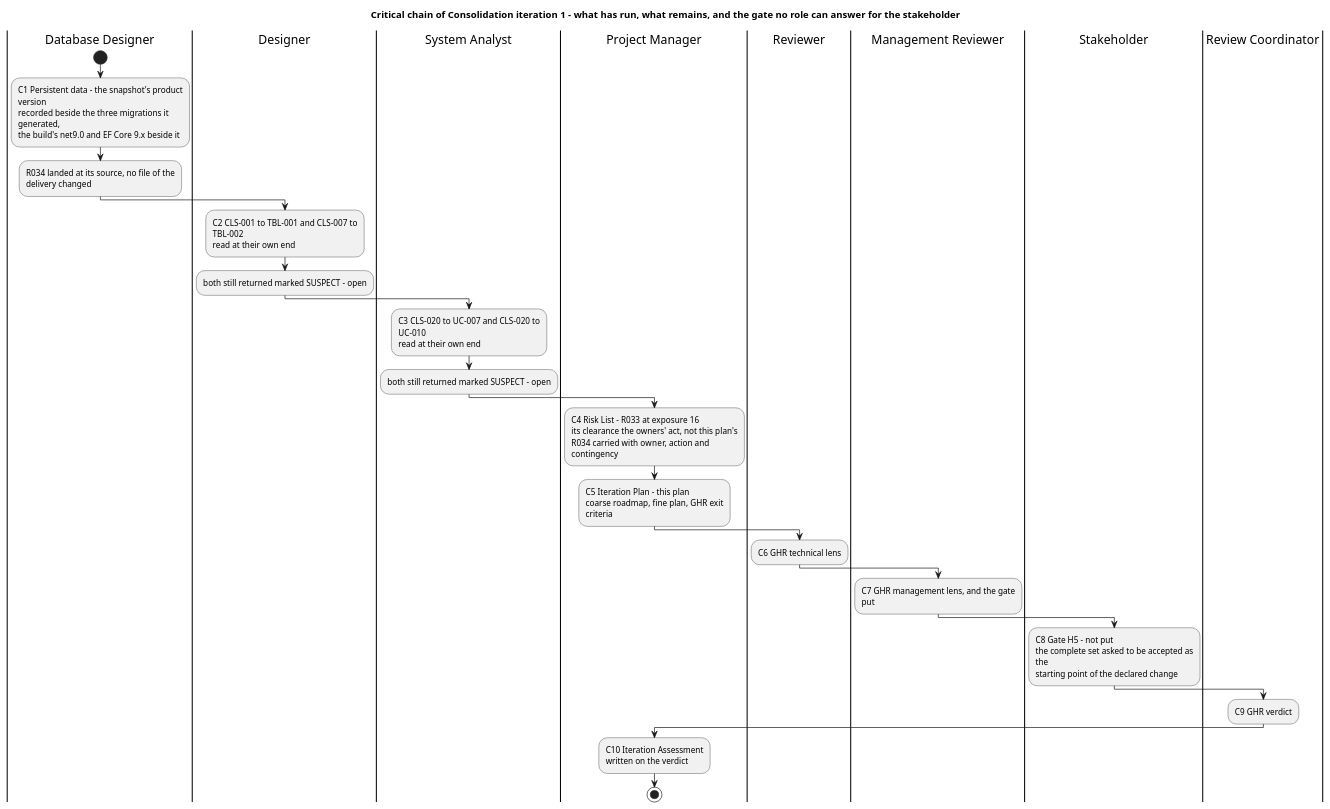
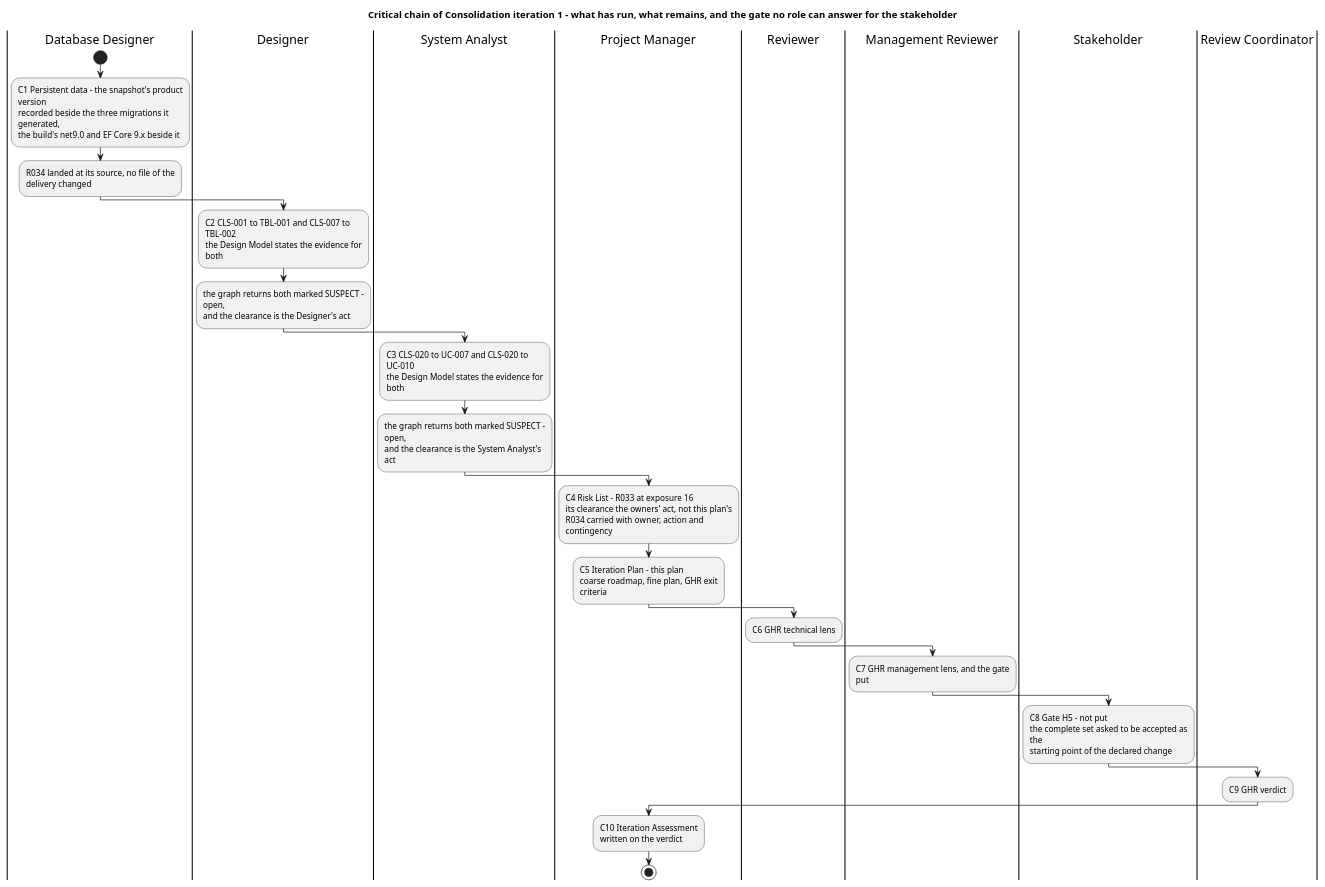
Before and after one commit to banense-test/TodoApp: the third of 5 diagrams in docs/artifacts/project-management/iteration-plan.md, drawn with PlantUML. The commit also changed other lines of this file, not shown here.

Commit message:
Project Manager [Consolidation1]: upsert Iteration Plan
[skip ci]

````diff
--- a/docs/artifacts/project-management/iteration-plan.md
+++ b/docs/artifacts/project-management/iteration-plan.md
@@ -130,50 +130,52 @@
 ```plantuml
 @startuml
 title Critical chain of Consolidation iteration 1 - what has run, what remains, and the gate no role can answer for the stakeholder
 skinparam shadowing false
 skinparam wrapWidth 245
 
 |Database Designer|
 start
 :C1 Persistent data - the snapshot's product version
 recorded beside the three migrations it generated,
 the build's net9.0 and EF Core 9.x beside it;
 :R034 landed at its source, no file of the delivery changed;
 
 |Designer|
 :C2 CLS-001 to TBL-001 and CLS-007 to TBL-002
-read at their own end;
-:both still returned marked SUSPECT - open;
+the Design Model states the evidence for both;
+:the graph returns both marked SUSPECT - open,
+and the clearance is the Designer's act;
 
 |System Analyst|
 :C3 CLS-020 to UC-007 and CLS-020 to UC-010
-read at their own end;
-:both still returned marked SUSPECT - open;
+the Design Model states the evidence for both;
+:the graph returns both marked SUSPECT - open,
+and the clearance is the System Analyst's act;
 
 |Project Manager|
 :C4 Risk List - R033 at exposure 16
 its clearance the owners' act, not this plan's
 R034 carried with owner, action and contingency;
 :C5 Iteration Plan - this plan
 coarse roadmap, fine plan, GHR exit criteria;
 
 |Reviewer|
 :C6 GHR technical lens;
 
 |Management Reviewer|
 :C7 GHR management lens, and the gate put;
 
 |Stakeholder|
 :C8 Gate H5 - not put
 the complete set asked to be accepted as the
 starting point of the declared change;
 
 |Review Coordinator|
 :C9 GHR verdict;
 
 |Project Manager|
 :C10 Iteration Assessment
 written on the verdict;
 stop
 @enduml
 ```
````
